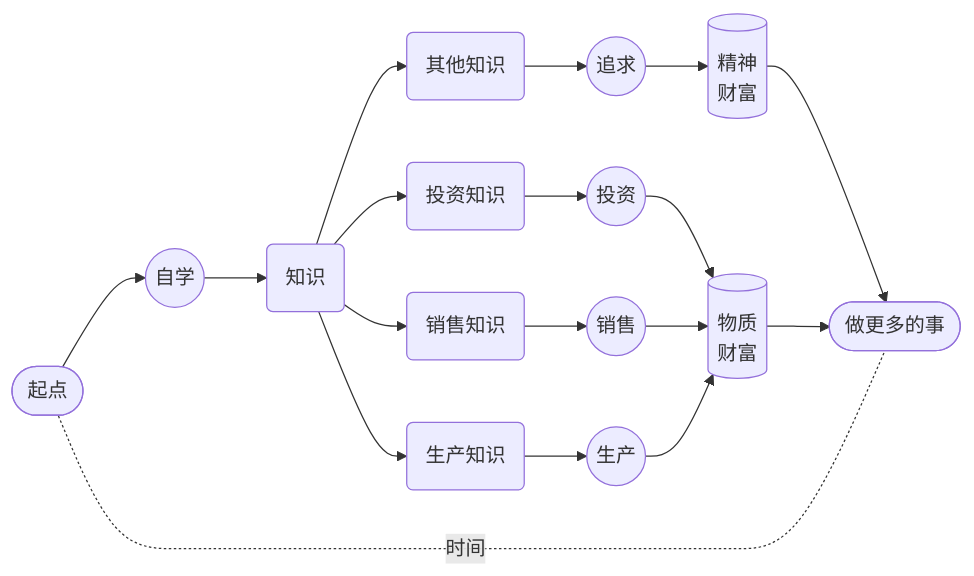
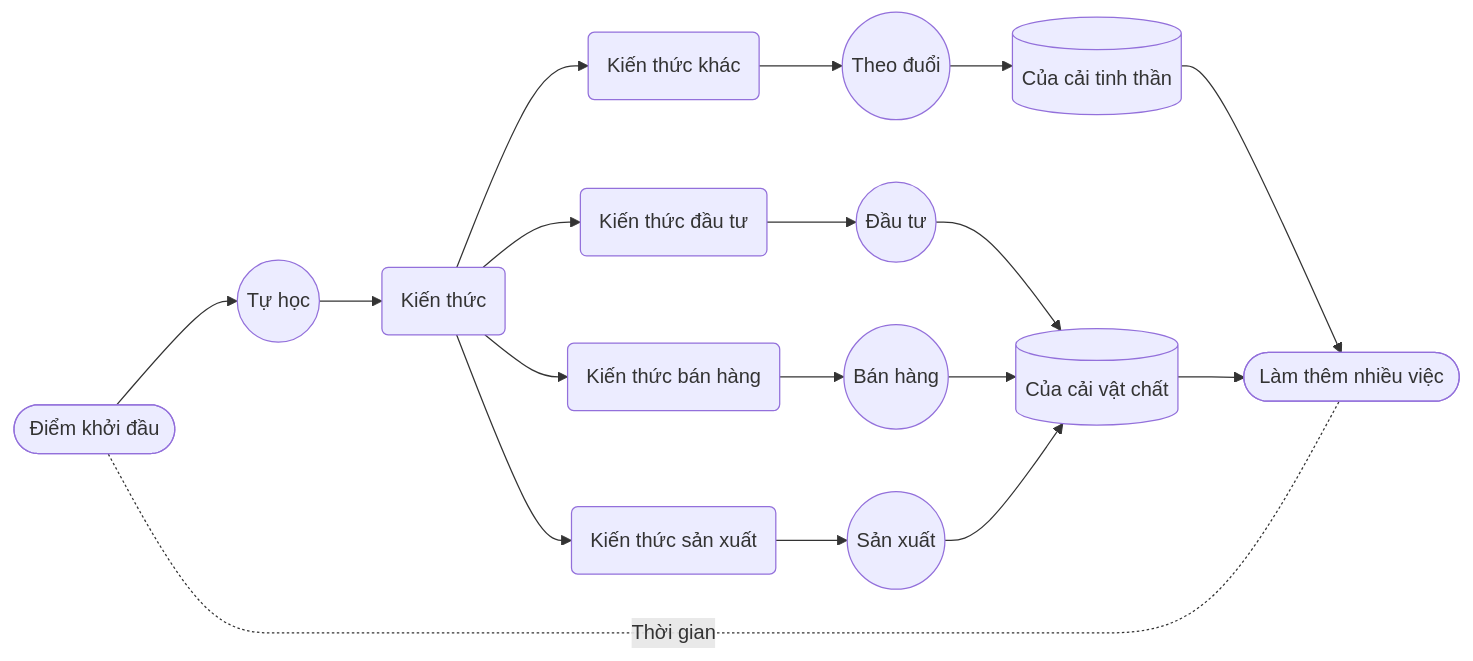
One commit to nthung2112/everyone-can-use-english changed the diagram in 1000-hours/vi/self-training/07-encouraging.md. Above: the diagram before and after it, drawn with Mermaid. The commit also changed other lines of this file and 8 other files, not shown here.

````diff
--- a/1000-hours/vi/self-training/07-encouraging.md
+++ b/1000-hours/vi/self-training/07-encouraging.md
@@ -17,8 +17,8 @@
 ```mermaid
 flowchart LR
-  beginning([起点])--> self_teaching((自学))--> k(知识) --> other_knowledge(其他知识)-->persuits((追求))-->spirits[(精神\n财富)]-->doing_more([做更多的事])
-  k --> knowledge_of_investing(投资知识)-->investing((投资))-->wealth[(物质\n财富)]
-  k --> knowledge_of_sales(销售知识)-->selling((销售))-->wealth[(物质\n财富)]-->doing_more([做更多的事])
-  k --> knowledge_of_production(生产知识)-->producing((生产))-->wealth
-  beginning -...-|时间|doing_more
+  beginning([Điểm khởi đầu])--> self_teaching((Tự học))--> k(Kiến thức) --> other_knowledge(Kiến thức khác)-->persuits((Theo đuổi))-->spirits[(Của cải tinh thần)]-->doing_more([Làm thêm nhiều việc])
+  k --> knowledge_of_investing(Kiến thức đầu tư)-->investing((Đầu tư))-->wealth[(Của cải vật chất)]
+  k --> knowledge_of_sales(Kiến thức bán hàng)-->selling((Bán hàng))-->wealth[(Của cải vật chất)]-->doing_more([Làm thêm nhiều việc])
+  k --> knowledge_of_production(Kiến thức sản xuất)-->producing((Sản xuất))-->wealth
+  beginning -...-|Thời gian|doing_more
 ```
````
